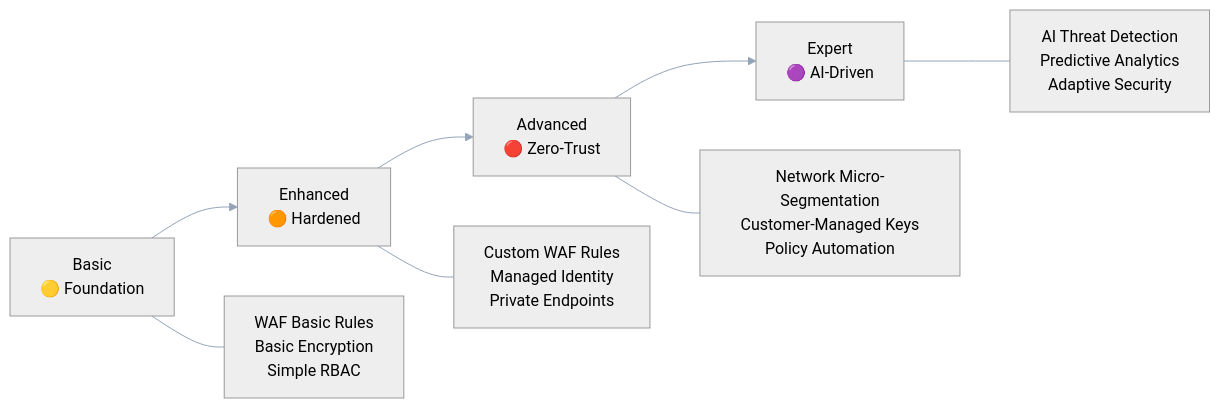
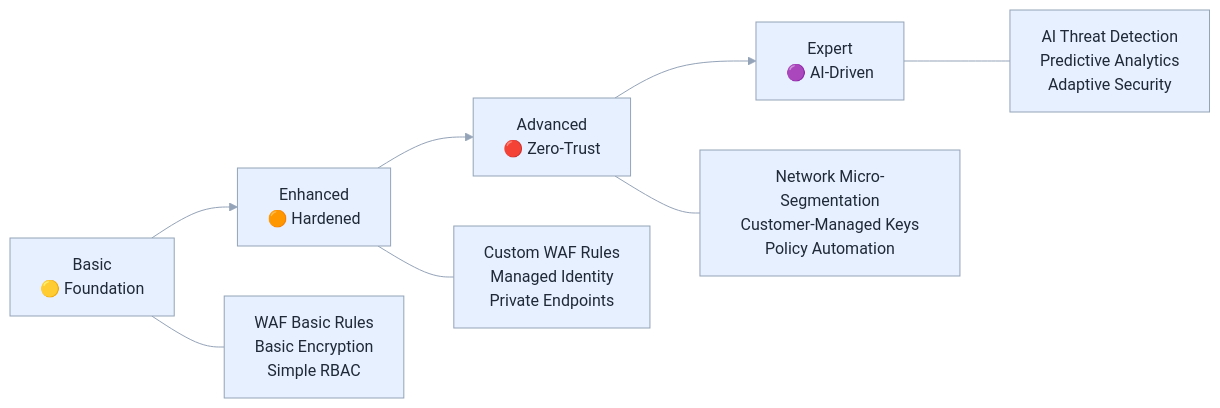
Before and after one commit to srnichols/StampsPattern: the diagram in docs/SECURITY_GUIDE.md, drawn with Mermaid. The commit also changed 14 other files, not shown here.

Commit message:
docs(mermaid): standardize base theme with light-blue palette; add template and VS Code snippet

````diff
--- a/docs/SECURITY_GUIDE.md
+++ b/docs/SECURITY_GUIDE.md
@@ -70,18 +70,18 @@
 ```mermaid
-%%{init: {"theme":"neutral","themeVariables":{"background":"transparent","primaryColor":"#E6F0FF","primaryTextColor":"#1F2937","primaryBorderColor":"#94A3B8","lineColor":"#94A3B8","secondaryColor":"#F3F4F6","tertiaryColor":"#DBEAFE","clusterBkg":"#F8FAFC","clusterBorder":"#CBD5E1","edgeLabelBackground":"#F8FAFC","fontFamily":"Segoe UI, Roboto, Helvetica, Arial, sans-serif"}} }%%
+%%{init: {"theme":"base","themeVariables":{"background":"transparent","primaryColor":"#E6F0FF","primaryTextColor":"#1F2937","primaryBorderColor":"#94A3B8","lineColor":"#94A3B8","secondaryColor":"#F3F4F6","tertiaryColor":"#DBEAFE","clusterBkg":"#F8FAFC","clusterBorder":"#CBD5E1","edgeLabelBackground":"#F8FAFC","fontFamily":"Segoe UI, Roboto, Helvetica, Arial, sans-serif"}} }%%
 graph LR
   A[Basic\n🟡 Foundation] --> B[Enhanced\n🟠 Hardened]
   B --> C[Advanced\n🔴 Zero-Trust]
   C --> D[Expert\n🟣 AI-Driven]
     
   A1[WAF Basic Rules\nBasic Encryption\nSimple RBAC]
   B1[Custom WAF Rules\nManaged Identity\nPrivate Endpoints]
   C1[Network Micro-Segmentation\nCustomer-Managed Keys\nPolicy Automation]
   D1[AI Threat Detection\nPredictive Analytics\nAdaptive Security]
     
   A --- A1
   B --- B1  
   C --- C1
   D --- D1
   
 ```
````
